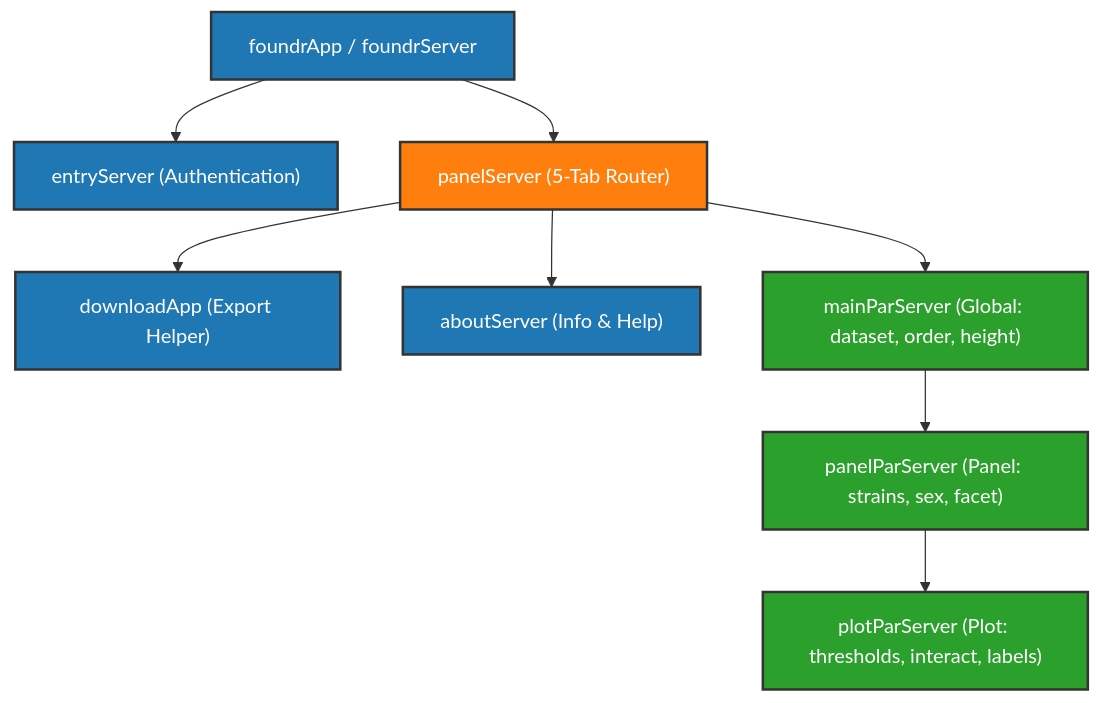
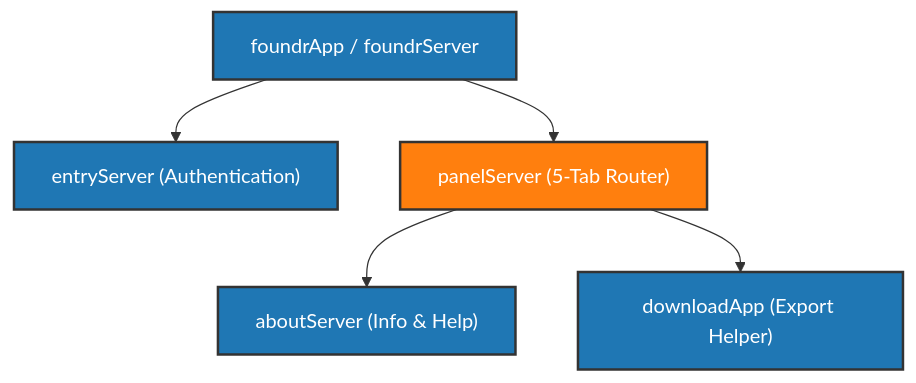
Before and after one commit to byandell-sysgen/foundrShiny: the second of 6 diagrams in vignettes/devel_guide/modules.Rmd, drawn with Mermaid. The commit also changed other lines of this file and 1 other file, not shown here.

Commit message:
update mermaids to follow module flow

````diff
--- a/vignettes/devel_guide/modules.Rmd
+++ b/vignettes/devel_guide/modules.Rmd
@@ -85,29 +94,19 @@
 ```mermaid
 flowchart TD
     foundrApp["foundrApp / foundrServer"]
     entryServer["entryServer (Authentication)"]
     panelServer["panelServer (5-Tab Router)"]
     downloadApp["downloadApp (Export Helper)"]
     aboutServer["aboutServer (Info & Help)"]
 
-    mainParServer["mainParServer (Global: dataset, order, height)"]
-    panelParServer["panelParServer (Panel: strains, sex, facet)"]
-    plotParServer["plotParServer (Plot: thresholds, interact, labels)"]
-
     foundrApp --> entryServer
     foundrApp --> panelServer
     panelServer --> aboutServer
     panelServer --> downloadApp
 
-    panelServer --> mainParServer
-    mainParServer --> panelParServer
-    panelParServer --> plotParServer
-
     classDef entry fill:#1f77b4,stroke:#333,stroke-width:2px,color:#fff
     classDef router fill:#ff7f0e,stroke:#333,stroke-width:2px,color:#fff
-    classDef param fill:#2ca02c,stroke:#333,stroke-width:2px,color:#fff
 
     class foundrApp,entryServer,downloadApp,aboutServer entry
     class panelServer router
-    class mainParServer,panelParServer,plotParServer param
 ```
````
